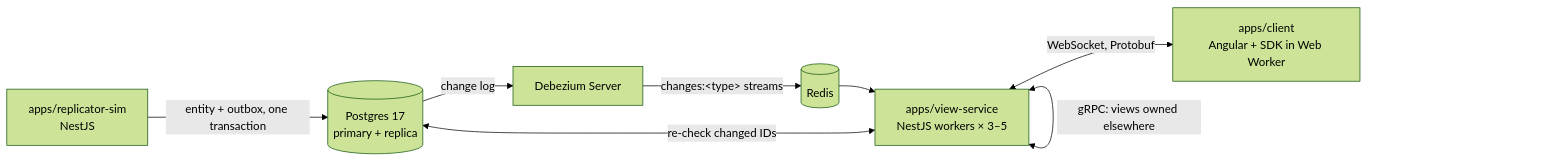
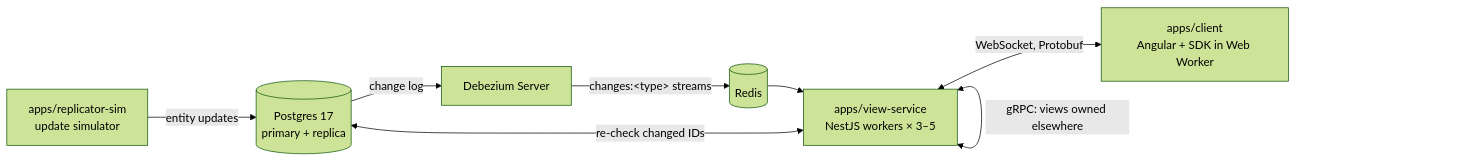
Before and after one commit to Atlas-Frameworks/Atlas-Backend: the diagram in README.md, drawn with Mermaid (forest theme). The commit also changed other lines of this file and 46 other files, not shown here.

````diff
--- a/README.md
+++ b/README.md
@@ -12,10 +12,10 @@
 ```mermaid
 flowchart LR
-  SIM[apps/replicator-sim<br/>NestJS] -->|entity + outbox, one transaction| PG[(Postgres 17<br/>primary + replica)]
+  SIM[apps/replicator-sim<br/>update simulator] -->|entity updates| PG[(Postgres 17<br/>primary + replica)]
   PG -->|change log| DBZ[Debezium Server]
   DBZ -->|changes:&lt;type&gt; streams| R[(Redis)]
   R --> VS[apps/view-service<br/>NestJS workers × 3–5]
   VS <-->|re-check changed IDs| PG
   VS <-->|gRPC: views owned elsewhere| VS
   VS <-->|WebSocket, Protobuf| C[apps/client<br/>Angular + SDK in Web Worker]
 ```
````
